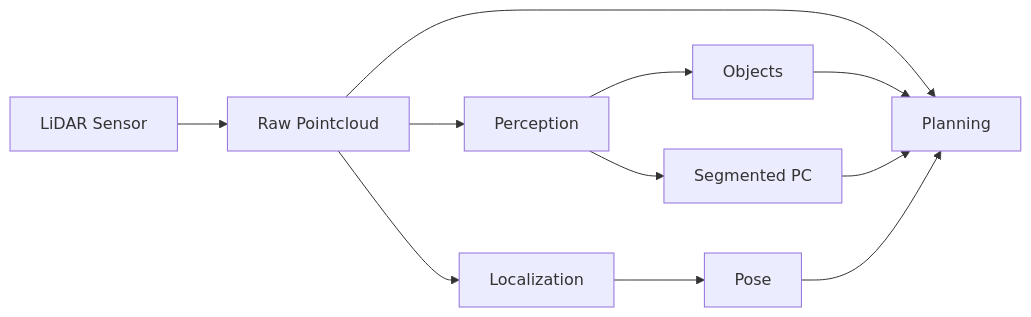
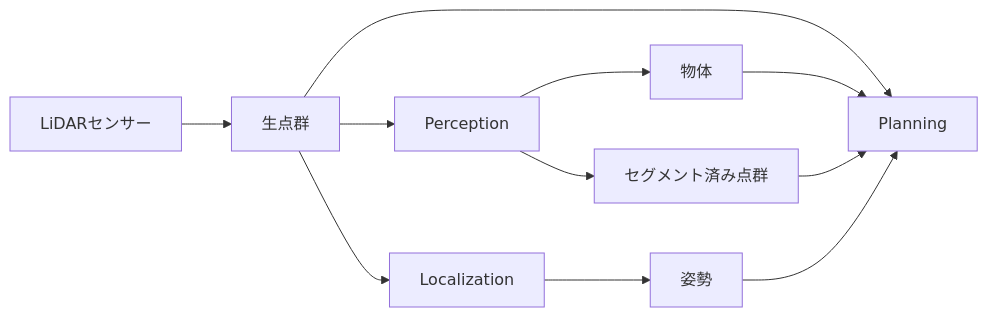
The first of 2 diagrams in pointcloud_decoupling_improvement_plan.md (youtalk/autoware), drawn with Mermaid before and after one commit. The commit also changed other lines of this file, not shown here.

````diff
--- a/pointcloud_decoupling_improvement_plan.md
+++ b/pointcloud_decoupling_improvement_plan.md
@@ -20,15 +20,15 @@
 ```mermaid
 graph LR
-    LiDAR[LiDAR Sensor] --> PC[Raw Pointcloud]
+    LiDAR[LiDARセンサー] --> PC[生点群]
     PC --> P[Perception]
     PC --> L[Localization]
     PC --> PL[Planning]
     
-    P --> OBJ[Objects]
-    P --> SEG[Segmented PC]
-    L --> POSE[Pose]
+    P --> OBJ[物体]
+    P --> SEG[セグメント済み点群]
+    L --> POSE[姿勢]
     
     OBJ --> PL
     SEG --> PL
     POSE --> PL
 ```
````
